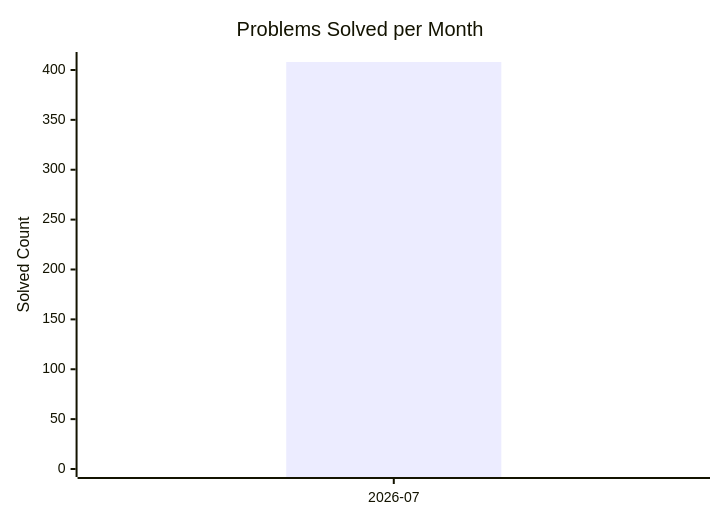
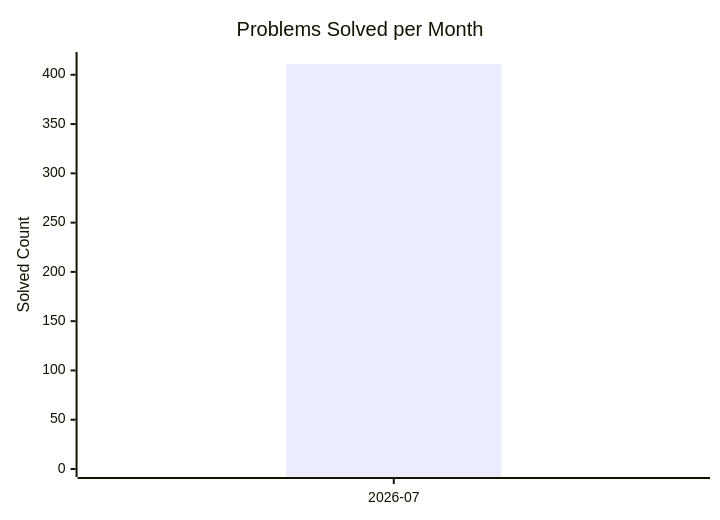
The diagram in dashboard.md (AdityaPandey-DEV/CP-Progress-Sync), drawn with Mermaid before and after one commit. The commit also changed other lines of this file, not shown here.

Commit message:
Auto-update CP dashboard [skip ci]

````diff
--- a/dashboard.md
+++ b/dashboard.md
@@ -8,8 +8,8 @@
 ```mermaid
 xychart-beta
     title "Problems Solved per Month"
     x-axis ["2026-07"]
-    y-axis "Solved Count" 0 --> 410
-    bar [408]
-    line [408]
+    y-axis "Solved Count" 0 --> 415
+    bar [411]
+    line [411]
 ```
````
